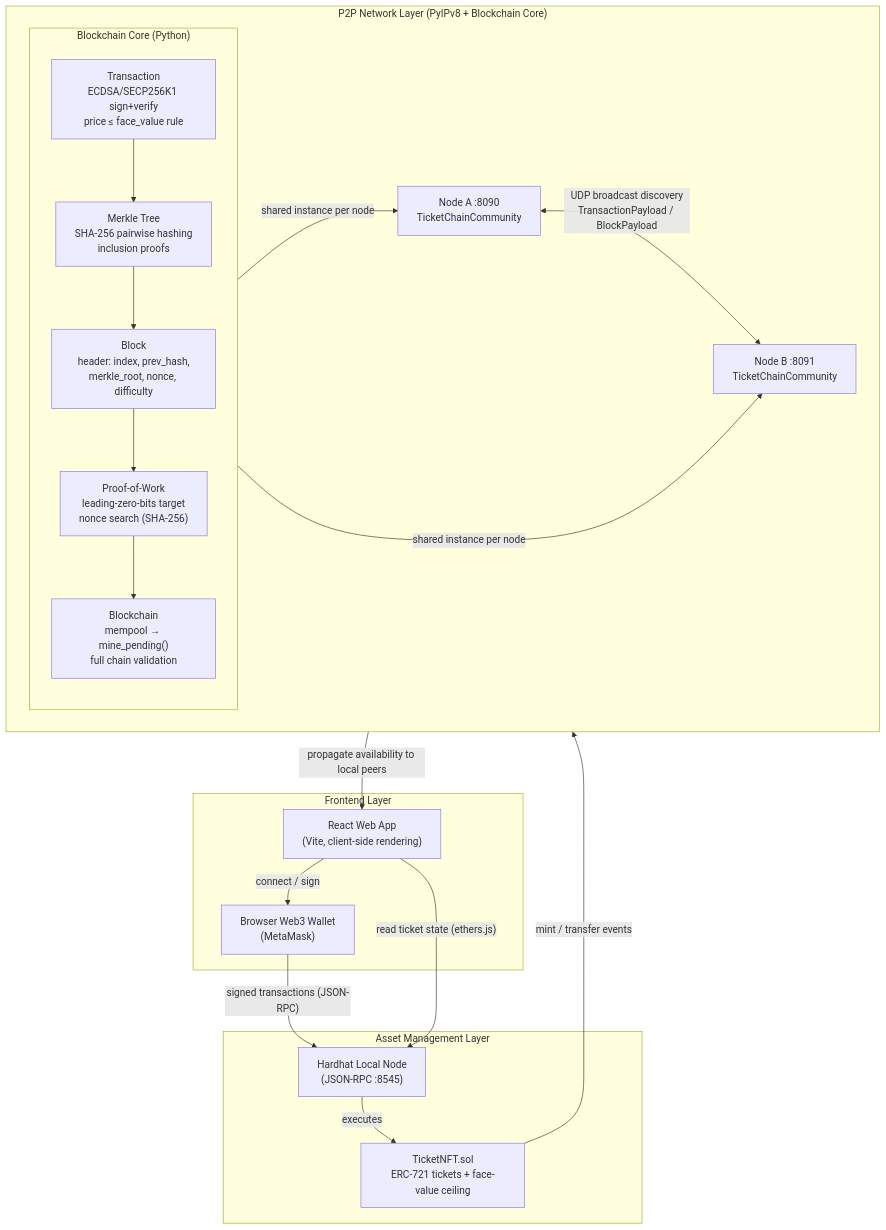
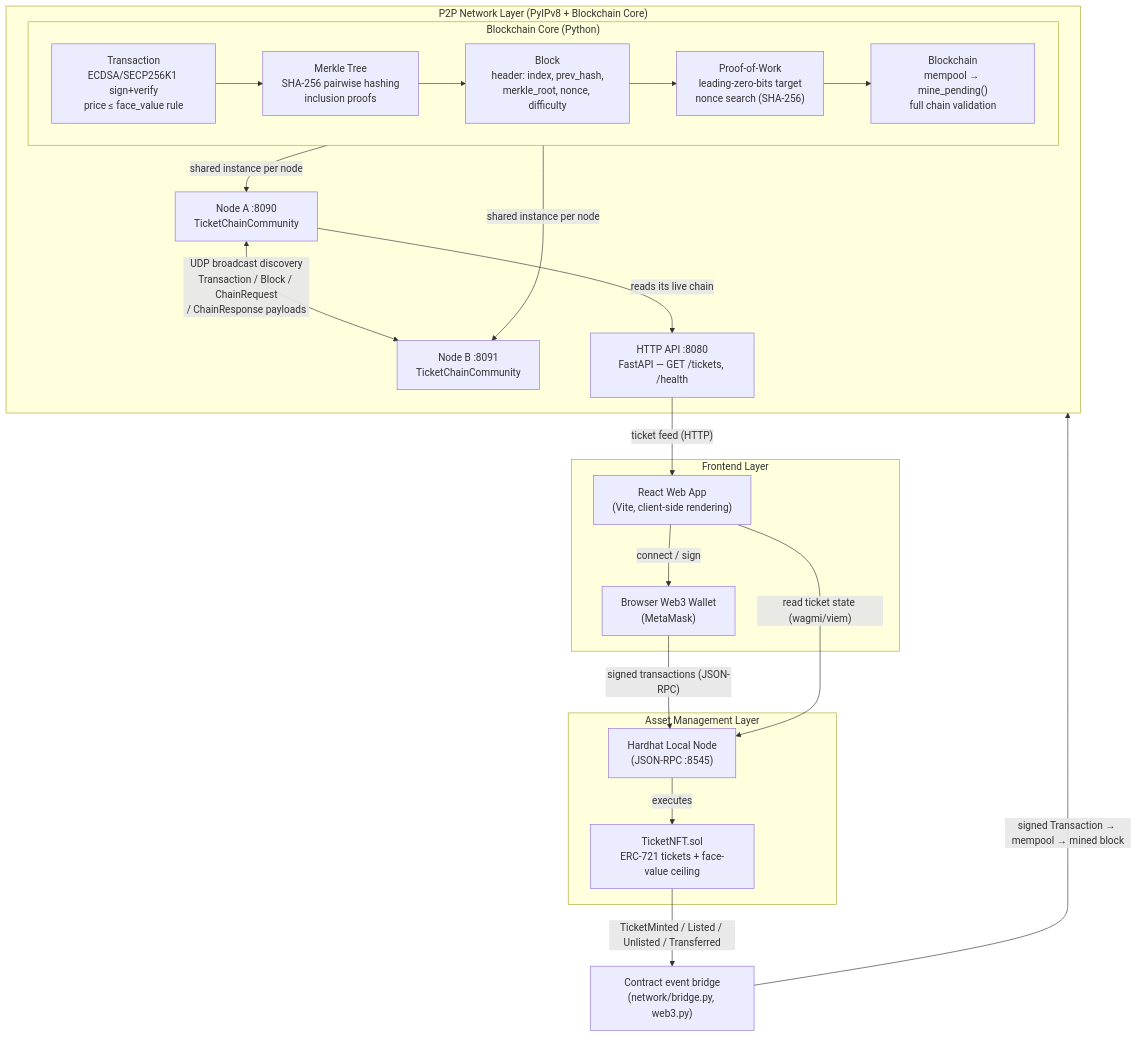
The diagram in docs/architecture.md (Zetchu/ticket-chain), drawn with Mermaid before and after one commit. The commit also changed other lines of this file and 4 other files, not shown here.

````diff
--- a/docs/architecture.md
+++ b/docs/architecture.md
@@ -8,35 +8,40 @@
 ```mermaid
 flowchart TB
     subgraph Client["Frontend Layer"]
         UI["React Web App<br/>(Vite, client-side rendering)"]
         Wallet["Browser Web3 Wallet<br/>(MetaMask)"]
         UI -- "connect / sign" --> Wallet
     end
 
     subgraph Chain["Asset Management Layer"]
         Node["Hardhat Local Node<br/>(JSON-RPC :8545)"]
         SC["TicketNFT.sol<br/>ERC-721 tickets + face-value ceiling"]
         Node -- "executes" --> SC
     end
 
     subgraph P2P["P2P Network Layer (PyIPv8 + Blockchain Core)"]
         subgraph BC["Blockchain Core (Python)"]
             TX["Transaction<br/>ECDSA/SECP256K1 sign+verify<br/>price ≤ face_value rule"]
             MK["Merkle Tree<br/>SHA-256 pairwise hashing<br/>inclusion proofs"]
             BL["Block<br/>header: index, prev_hash,<br/>merkle_root, nonce, difficulty"]
             PW["Proof-of-Work<br/>leading-zero-bits target<br/>nonce search (SHA-256)"]
             CH["Blockchain<br/>mempool → mine_pending()<br/>full chain validation"]
             TX --> MK --> BL --> PW --> CH
         end
         A["Node A :8090<br/>TicketChainCommunity"]
         B["Node B :8091<br/>TicketChainCommunity"]
-        A <-- "UDP broadcast discovery<br/>TransactionPayload / BlockPayload" --> B
+        A <-- "UDP broadcast discovery<br/>Transaction / Block / ChainRequest<br/>/ ChainResponse payloads" --> B
         BC -- "shared instance per node" --> A
         BC -- "shared instance per node" --> B
+        API["HTTP API :8080<br/>FastAPI — GET /tickets, /health"]
+        A -- "reads its live chain" --> API
     end
 
+    Bridge["Contract event bridge<br/>(network/bridge.py, web3.py)"]
+
     Wallet -- "signed transactions (JSON-RPC)" --> Node
-    UI -- "read ticket state (ethers.js)" --> Node
-    SC -- "mint / transfer events" --> P2P
-    P2P -- "propagate availability to local peers" --> UI
+    UI -- "read ticket state (wagmi/viem)" --> Node
+    SC -- "TicketMinted / Listed / Unlisted / Transferred" --> Bridge
+    Bridge -- "signed Transaction → mempool → mined block" --> P2P
+    API -- "ticket feed (HTTP)" --> UI
 ```
````
